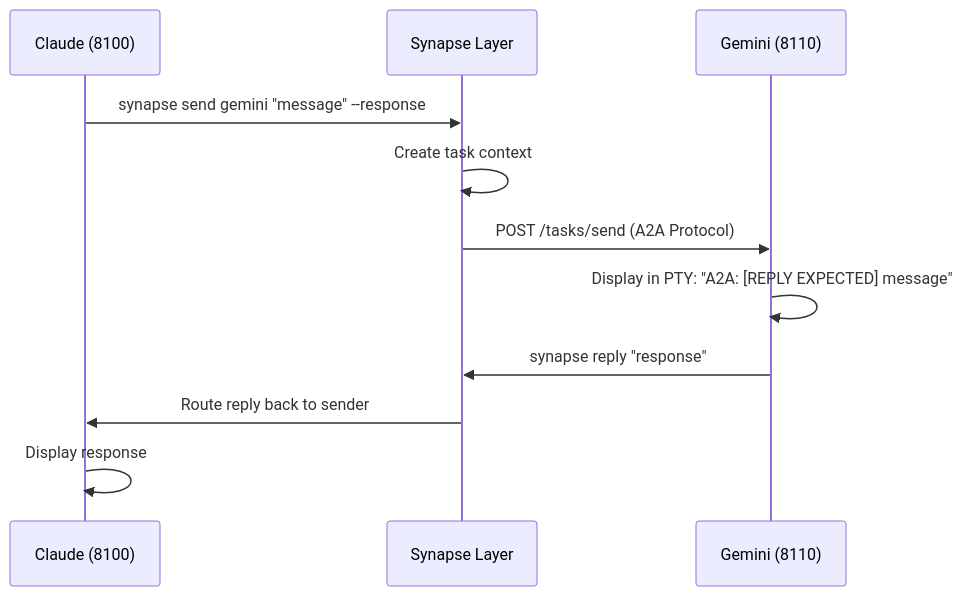
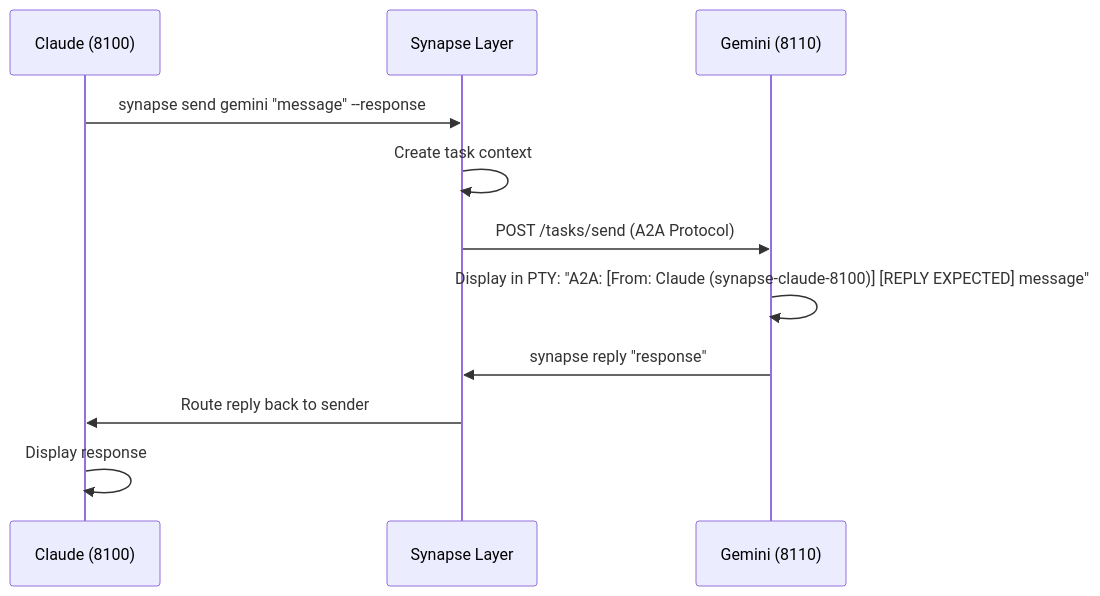
Before and after one commit to s-hiraoku/synapse-a2a: the diagram in site-docs/getting-started/quickstart.md, drawn with Mermaid. The commit also changed other lines of this file and 21 other files, not shown here.

````diff
--- a/site-docs/getting-started/quickstart.md
+++ b/site-docs/getting-started/quickstart.md
@@ -91,14 +95,14 @@
 ```mermaid
 sequenceDiagram
     participant C as Claude (8100)
     participant S as Synapse Layer
     participant G as Gemini (8110)
 
     C->>S: synapse send gemini "message" --response
     S->>S: Create task context
     S->>G: POST /tasks/send (A2A Protocol)
-    G->>G: Display in PTY: "A2A: [REPLY EXPECTED] message"
+    G->>G: Display in PTY: "A2A: [From: Claude (synapse-claude-8100)] [REPLY EXPECTED] message"
     G->>S: synapse reply "response"
     S->>C: Route reply back to sender
     C->>C: Display response
 ```
````
